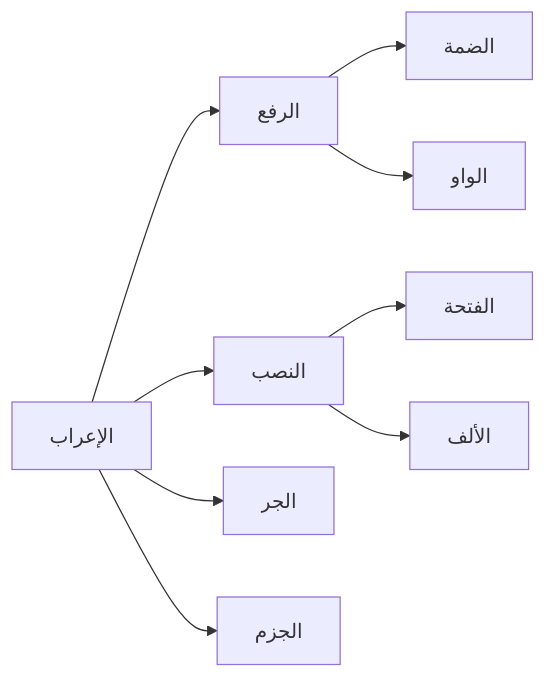
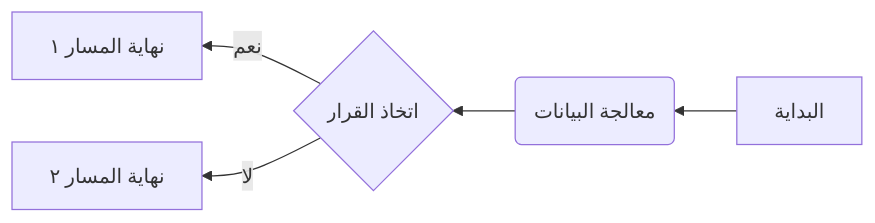
One commit to dedenku/docusaurus-book-template changed the second of 4 diagrams in docs/useful-tools-plugins/1-mermaid.mdx. Above: the diagram before and after it, drawn with Mermaid. The commit also changed other lines of this file and 10 other files, not shown here.

````diff
--- a/docs/useful-tools-plugins/1-mermaid.mdx
+++ b/docs/useful-tools-plugins/1-mermaid.mdx
@@ -26,12 +72,7 @@
 ```mermaid
-flowchart LR
-    A[الإعراب] --> B[الرفع]
-    A --> C[النصب]
-    A --> D[الجر]
-    A --> E[الجزم]
-    
-    B --> B1[الضمة]
-    B --> B2[الواو]
-    C --> C1[الفتحة]
-    C --> C2[الألف]
+graph RL
+    A[البداية] --> B(معالجة البيانات)
+    B --> C{اتخاذ القرار}
+    C -->|نعم| D[نهاية المسار ١]
+    C -->|لا| E[نهاية المسار ٢]
 ```
````
